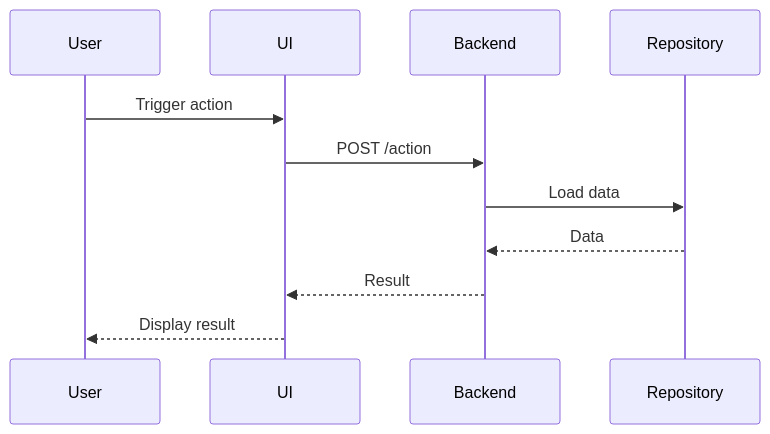
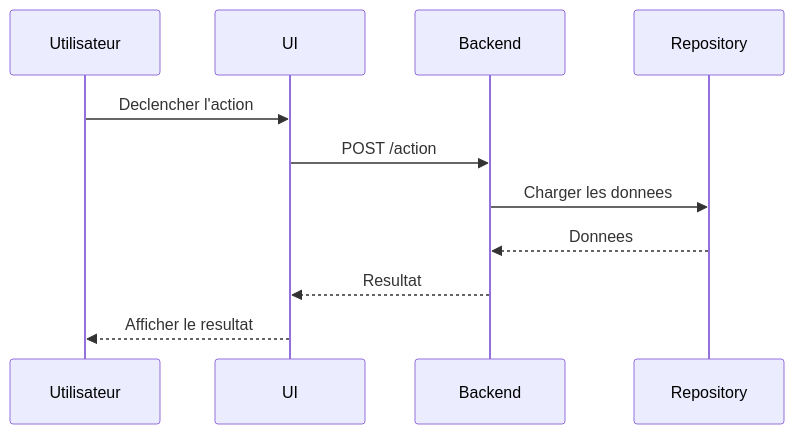
The third of 4 diagrams in skills/story-architecture-diagram/SKILL.md (tomsoulage-dedalus/presc-workflows-tools), drawn with Mermaid before and after one commit. The commit also changed other lines of this file, not shown here.

````diff
--- a/skills/story-architecture-diagram/SKILL.md
+++ b/skills/story-architecture-diagram/SKILL.md
@@ -466,14 +485,14 @@
 ```mermaid
 sequenceDiagram
-participant User
+participant Utilisateur
 participant UI
 participant Backend
 participant Repository
 
-User->>UI: Trigger action
+Utilisateur->>UI: Declencher l'action
 UI->>Backend: POST /action
-Backend->>Repository: Load data
-Repository-->>Backend: Data
-Backend-->>UI: Result
-UI-->>User: Display result
+Backend->>Repository: Charger les donnees
+Repository-->>Backend: Donnees
+Backend-->>UI: Resultat
+UI-->>Utilisateur: Afficher le resultat
 ```
````
